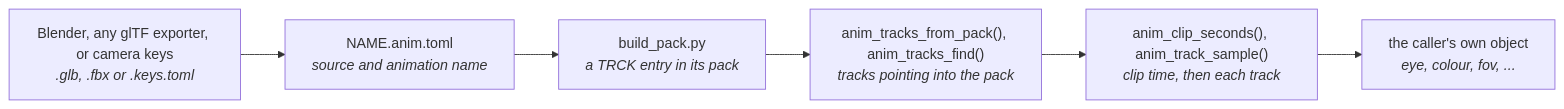
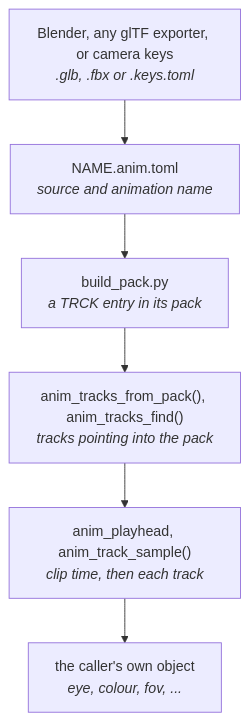
The diagram in docs/Animation-Tracks.md (jose-villegas/autana), drawn with Mermaid before and after one commit. The commit also changed other lines of this file and 15 other files, not shown here.

Commit message:
anim: let the playhead own clip time

````diff
--- a/docs/Animation-Tracks.md
+++ b/docs/Animation-Tracks.md
@@ -14,8 +14,8 @@
 ```mermaid
-flowchart LR
+flowchart TD
     Author["Blender, any glTF exporter, or camera keys<br/><i>.glb, .fbx or .keys.toml</i>"] --> Anim["NAME.anim.toml<br/><i>source and animation name</i>"]
     Anim --> Pack["build_pack.py<br/><i>a TRCK entry in its pack</i>"]
     Pack --> Open["anim_tracks_from_pack(), anim_tracks_find()<br/><i>tracks pointing into the pack</i>"]
-    Open --> Sample["anim_clip_seconds(), anim_track_sample()<br/><i>clip time, then each track</i>"]
+    Open --> Sample["anim_playhead, anim_track_sample()<br/><i>clip time, then each track</i>"]
     Sample --> Caller["the caller's own object<br/><i>eye, colour, fov, ...</i>"]
 ```
````
